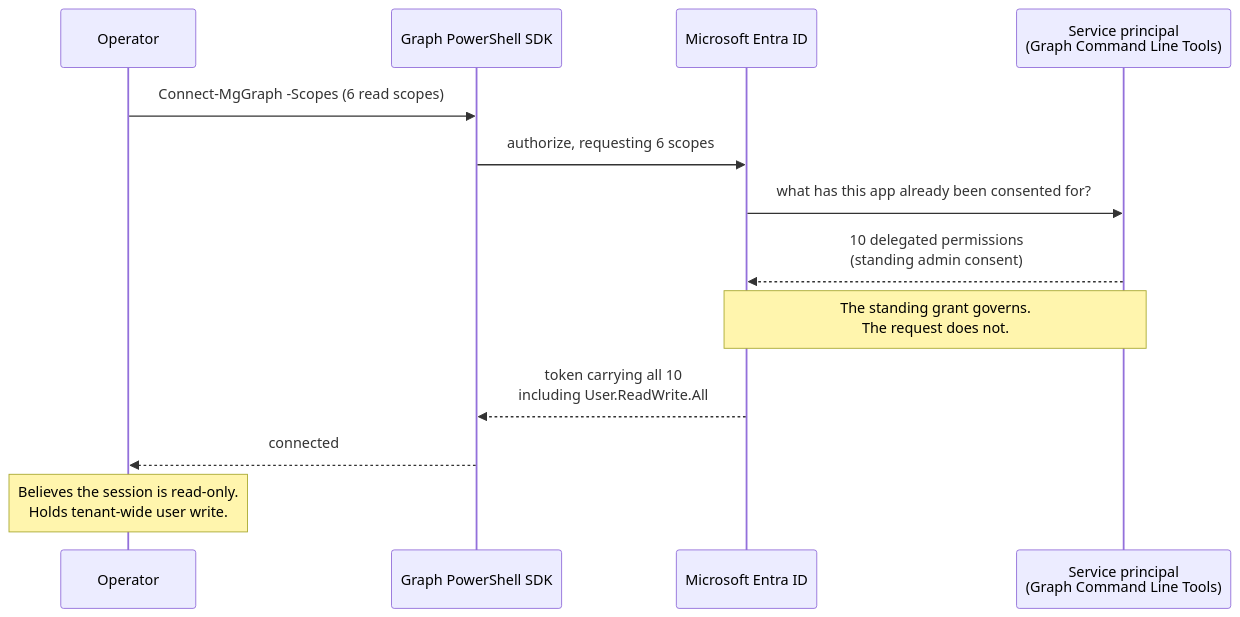
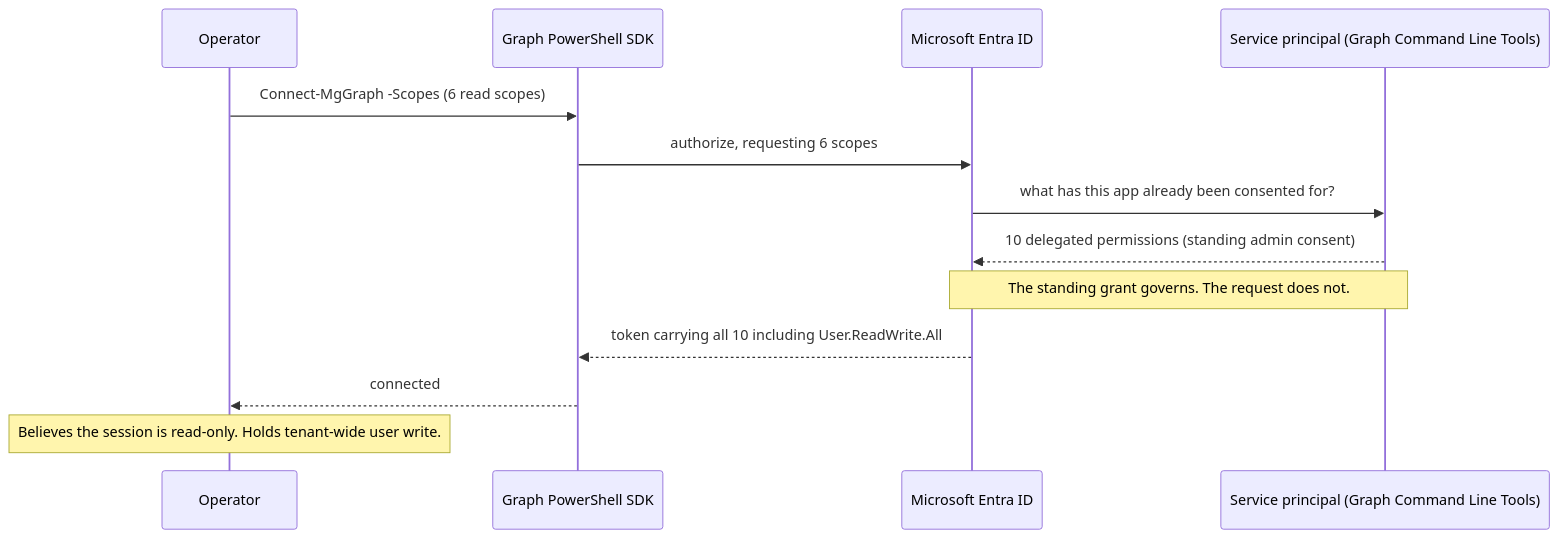
One commit to mukhoury/iam-portfolio changed the diagram in labs/3-entra-graph-powershell/README.md. Above: the diagram before and after it, drawn with Mermaid.

Commit message:
Fix run-together text in Lab 3 sequence diagram
<br/> is stripped in sequence diagrams too, not just flowcharts, so five
labels rendered as "principal(Graph" and "governs.The request". Sequence
diagrams do not support markdown strings, so these read on one line.

````diff
--- a/labs/3-entra-graph-powershell/README.md
+++ b/labs/3-entra-graph-powershell/README.md
@@ -38,16 +38,16 @@
 ```mermaid
 sequenceDiagram
     participant Op as Operator
     participant SDK as Graph PowerShell SDK
     participant Entra as Microsoft Entra ID
-    participant SP as Service principal<br/>(Graph Command Line Tools)
+    participant SP as Service principal (Graph Command Line Tools)
 
     Op->>SDK: Connect-MgGraph -Scopes (6 read scopes)
     SDK->>Entra: authorize, requesting 6 scopes
     Entra->>SP: what has this app already been consented for?
-    SP-->>Entra: 10 delegated permissions<br/>(standing admin consent)
-    Note over Entra,SP: The standing grant governs.<br/>The request does not.
-    Entra-->>SDK: token carrying all 10<br/>including User.ReadWrite.All
+    SP-->>Entra: 10 delegated permissions (standing admin consent)
+    Note over Entra,SP: The standing grant governs. The request does not.
+    Entra-->>SDK: token carrying all 10 including User.ReadWrite.All
     SDK-->>Op: connected
-    Note over Op: Believes the session is read-only.<br/>Holds tenant-wide user write.
+    Note over Op: Believes the session is read-only. Holds tenant-wide user write.
 ```
````
